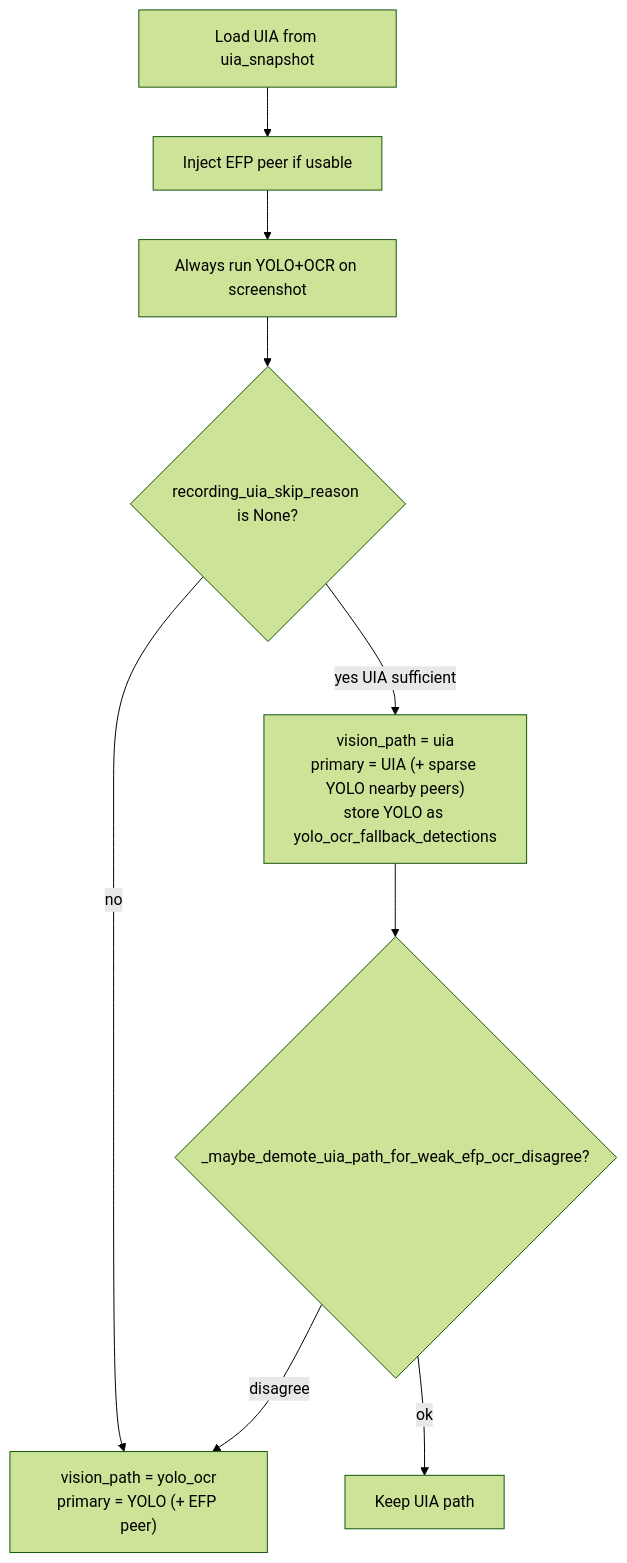
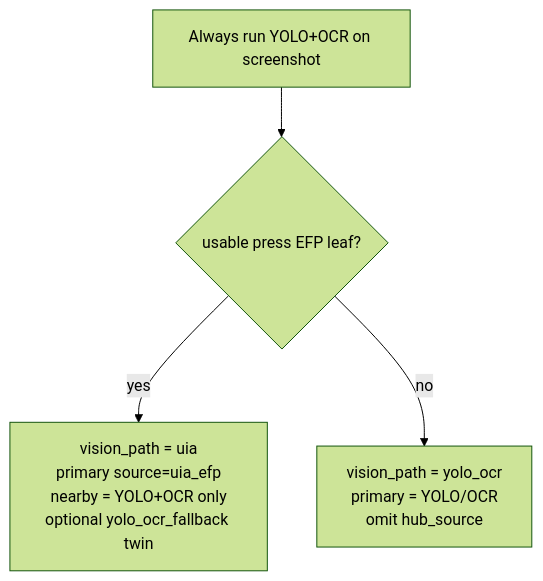
One commit to josephorng/QualityAssuranceAgent changed the fifth of 6 diagrams in docs/recording-flow.md. Above: the diagram before and after it, drawn with Mermaid (forest theme). The commit also changed other lines of this file and 26 other files, not shown here.

First line of the commit message:
Replace budgeted FindAll with EFP ancestor paths as the sole UIA hub.

````diff
--- a/docs/recording-flow.md
+++ b/docs/recording-flow.md
@@ -125,11 +125,6 @@
 ```mermaid
 flowchart TD
-  Load[Load UIA from uia_snapshot] --> EFP[Inject EFP peer if usable]
-  EFP --> YOLO[Always run YOLO+OCR on screenshot]
-  YOLO --> Skip{recording_uia_skip_reason is None?}
-  Skip -->|yes UIA sufficient| UIA["vision_path = uia<br/>primary = UIA (+ sparse YOLO nearby peers)<br/>store YOLO as yolo_ocr_fallback_detections"]
-  Skip -->|no| YO["vision_path = yolo_ocr<br/>primary = YOLO (+ EFP peer)"]
-  UIA --> Weak{_maybe_demote_uia_path_for_weak_efp_ocr_disagree?}
-  Weak -->|disagree| YO
-  Weak -->|ok| KeepUIA[Keep UIA path]
+  YOLO[Always run YOLO+OCR on screenshot] --> EFP{usable press EFP leaf?}
+  EFP -->|yes| UIA["vision_path = uia<br/>primary source=uia_efp<br/>nearby = YOLO+OCR only<br/>optional yolo_ocr_fallback twin"]
+  EFP -->|no| YO["vision_path = yolo_ocr<br/>primary = YOLO/OCR<br/>omit hub_source"]
 ```
````
